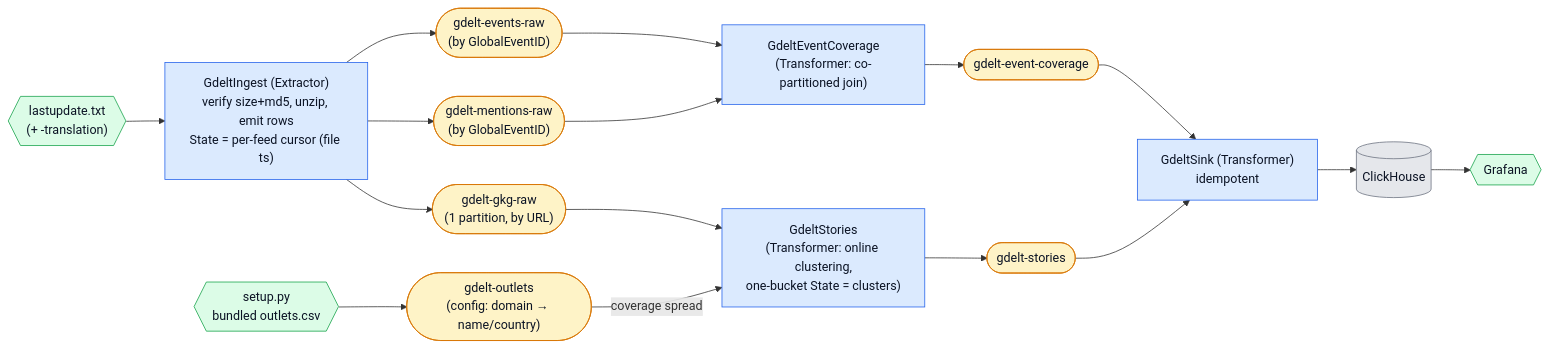
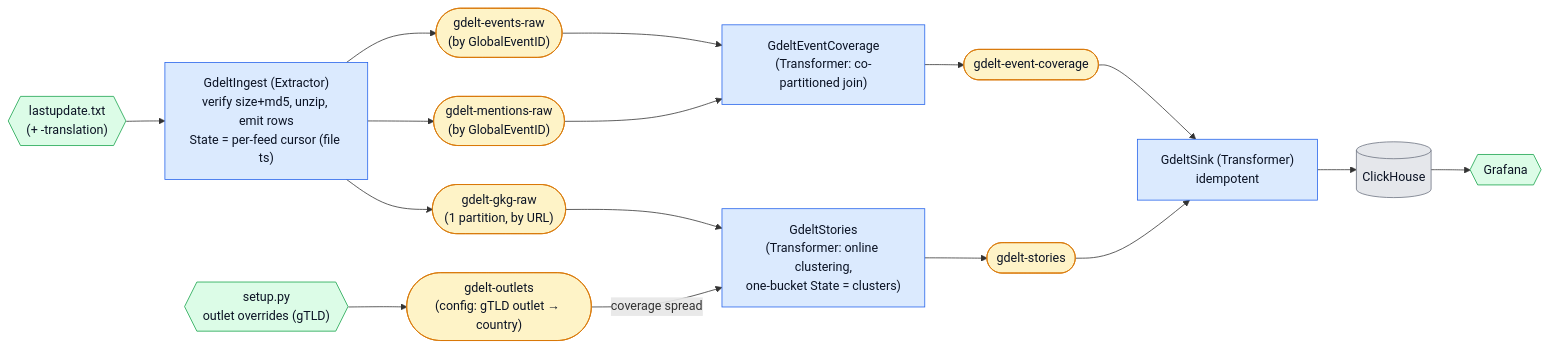
The diagram in examples/gdelt_news_stories/README.md (bsure-analytics/flechtwerk-examples), drawn with Mermaid before and after one commit. The commit also changed other lines of this file and 5 other files, not shown here.

First line of the commit message:
Derive outlet country from the ccTLD at runtime; keep only gTLD overrides

````diff
--- a/examples/gdelt_news_stories/README.md
+++ b/examples/gdelt_news_stories/README.md
@@ -13,22 +13,22 @@
 ```mermaid
 flowchart LR
     PTR{{"lastupdate.txt<br/>(+ -translation)"}}:::ext --> ING["GdeltIngest (Extractor)<br/>verify size+md5, unzip, emit rows<br/>State = per-feed cursor (file ts)"]:::process
     ING --> EVR(["gdelt-events-raw<br/>(by GlobalEventID)"]):::topic
     ING --> MNR(["gdelt-mentions-raw<br/>(by GlobalEventID)"]):::topic
     ING --> GKR(["gdelt-gkg-raw<br/>(1 partition, by URL)"]):::topic
     EVR --> COV["GdeltEventCoverage<br/>(Transformer: co-partitioned join)"]:::process
     MNR --> COV
     GKR --> STO["GdeltStories<br/>(Transformer: online clustering,<br/>one-bucket State = clusters)"]:::process
-    SEED{{"setup.py<br/>bundled outlets.csv"}}:::ext --> OUT(["gdelt-outlets<br/>(config: domain → name/country)"]):::topic
+    SEED{{"setup.py<br/>outlet overrides (gTLD)"}}:::ext --> OUT(["gdelt-outlets<br/>(config: gTLD outlet → country)"]):::topic
     OUT -->|"coverage spread"| STO
     COV --> COVT(["gdelt-event-coverage"]):::topic
     STO --> STOT(["gdelt-stories"]):::topic
     COVT --> SINK["GdeltSink (Transformer)<br/>idempotent"]:::process
     STOT --> SINK
     SINK --> CH[("ClickHouse")]:::store
     CH --> GRAF{{"Grafana"}}:::ext
     classDef process fill:#dbeafe,stroke:#2563eb,color:#0b1324;
     classDef topic fill:#fef3c7,stroke:#d97706,color:#0b1324;
     classDef store fill:#e5e7eb,stroke:#6b7280,color:#0b1324;
     classDef ext fill:#dcfce7,stroke:#16a34a,color:#0b1324;
 ```
````
